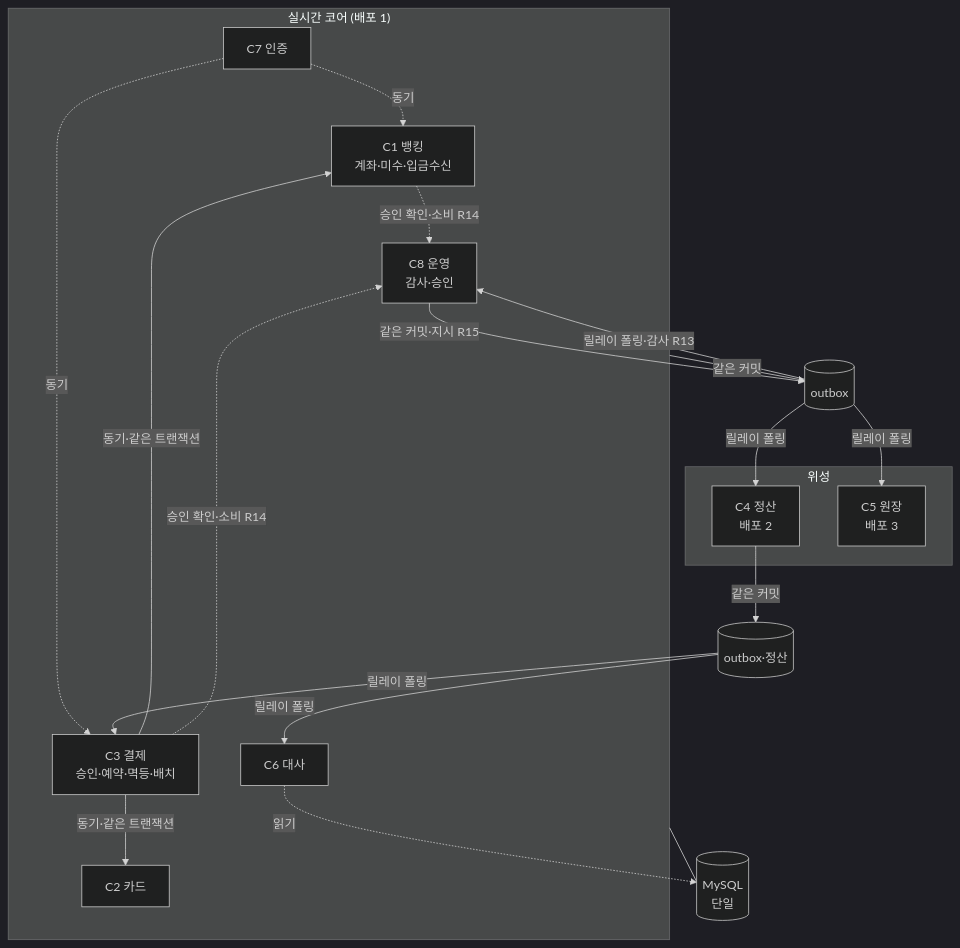
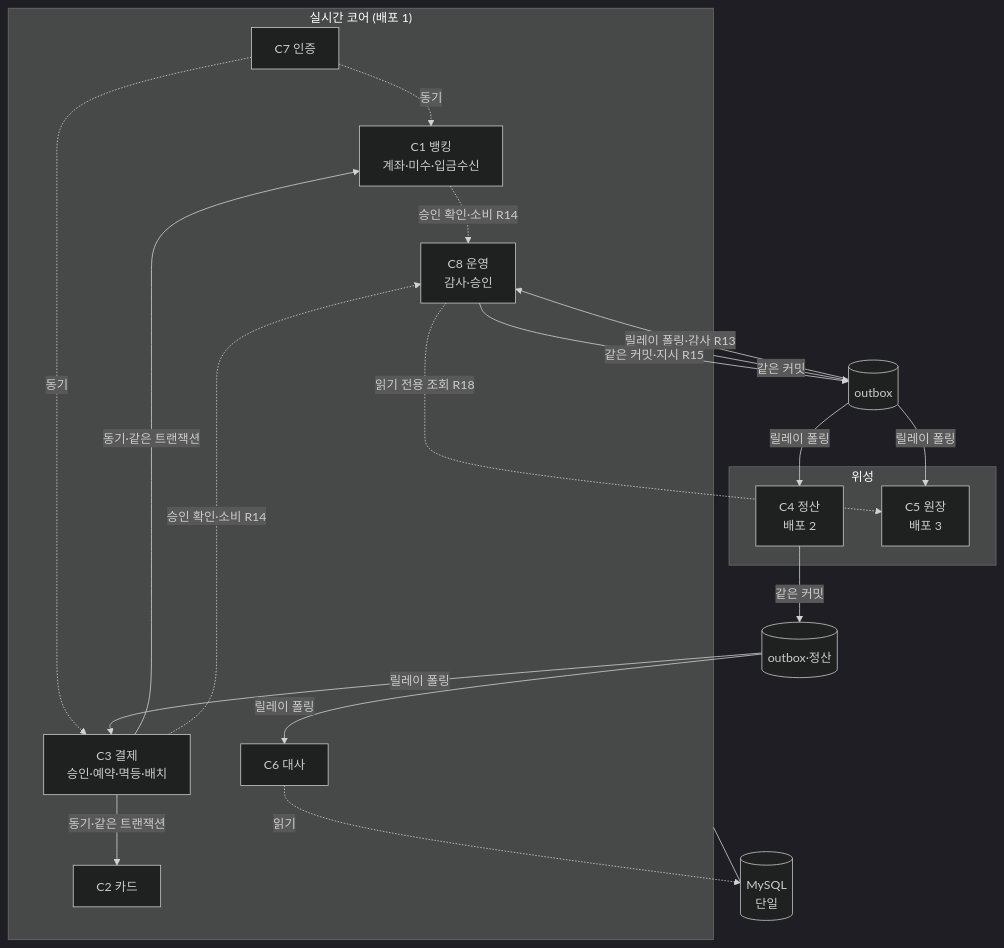
The diagram in architecture/views/02-container.md (jun-bank/docs), drawn with Mermaid (dark theme) before and after one commit. The commit also changed other lines of this file and 13 other files, not shown here.

````diff
--- a/architecture/views/02-container.md
+++ b/architecture/views/02-container.md
@@ -12,34 +12,35 @@
 ```mermaid
 graph TB
     subgraph CORE["실시간 코어 (배포 1)"]
         C1[C1 뱅킹<br/>계좌·미수·입금수신]
         C2[C2 카드]
         C3[C3 결제<br/>승인·예약·멱등·배치]
         C6[C6 대사]
         C7[C7 인증]
         C8[C8 운영<br/>감사·승인]
     end
     OB[(outbox)]
     subgraph SAT["위성"]
         C4[C4 정산<br/>배포 2]
         C5[C5 원장<br/>배포 3]
     end
     DB[(MySQL<br/>단일)]
 
     C3 -->|동기·같은 트랜잭션| C1
     C3 -->|동기·같은 트랜잭션| C2
     C7 -.동기.-> C1
     C7 -.동기.-> C3
     C1 -.승인 확인·소비 R14.-> C8
     C3 -.승인 확인·소비 R14.-> C8
     OB -->|릴레이 폴링·감사 R13| C8
     C8 -->|같은 커밋·지시 R15| OB
     CORE --- DB
     CORE -->|같은 커밋| OB
     OB -->|릴레이 폴링| C4
     OB -->|릴레이 폴링| C5
     C4 -->|같은 커밋| OB2[(outbox·정산)]
     OB2 -->|릴레이 폴링| C3
     OB2 -->|릴레이 폴링| C6
     C6 -.읽기.-> DB
+    C8 -.읽기 전용 조회 R18.-> C5
 ```
````
